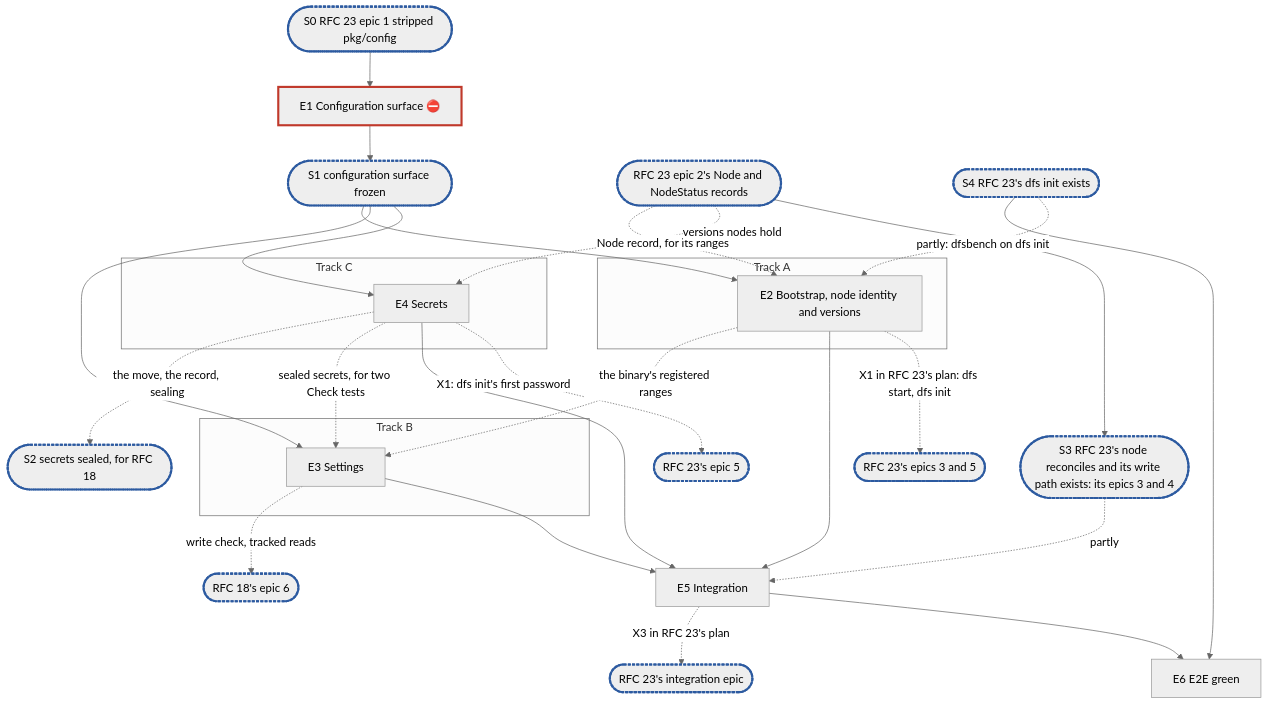
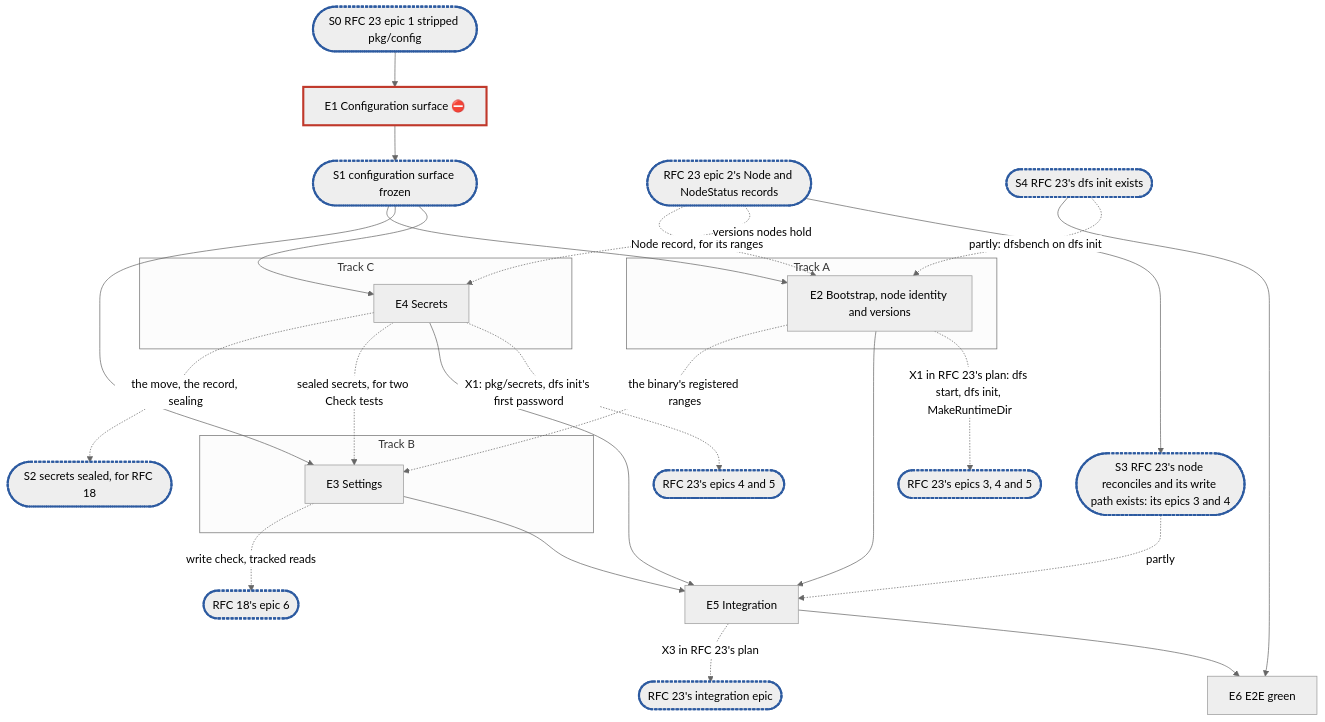
Before and after one commit to cubbit/dittofs: the diagram in docs/internals/planning/rfc-13-config-plan.md, drawn with Mermaid (neutral theme). The commit also changed other lines of this file and 4 other files, not shown here.

First line of the commit message:
docs(planning): break down RFC 13 epic 2, bootstrap, node identity and versions (#4518)

````diff
--- a/docs/internals/planning/rfc-13-config-plan.md
+++ b/docs/internals/planning/rfc-13-config-plan.md
@@ -311,34 +311,34 @@
 ```mermaid
 flowchart TD
   X0(["S0 RFC 23 epic 1 stripped pkg/config"]):::sync --> E1["E1 Configuration surface ⛔"]:::blocker
   E1 --> S1(["S1 configuration surface frozen"]):::sync
   subgraph A["Track A"]
     E2["E2 Bootstrap, node identity and versions"]
   end
   subgraph B["Track B"]
     E3["E3 Settings"]
   end
   subgraph C["Track C"]
     E4["E4 Secrets"]
   end
   S1 --> E2 & E3 & E4
   E2 -. "the binary's registered ranges" .-> E3
   R2(["RFC 23 epic 2's Node and NodeStatus records"]):::sync
   R2 -. "Node record, for its ranges" .-> E2
   R2 -. "versions nodes hold" .-> E4
   E4 -. "the move, the record, sealing" .-> S2(["S2 secrets sealed, for RFC 18"]):::sync
   E4 -. "sealed secrets, for two Check tests" .-> E3
   E3 -. "write check, tracked reads" .-> R18(["RFC 18's epic 6"]):::sync
   S3(["S3 RFC 23's node reconciles and its write path exists: its epics 3 and 4"]):::sync
   R2 --> S3
   E2 & E3 & E4 --> E5["E5 Integration"]
   S3 -. "partly" .-> E5
-  E2 -. "X1 in RFC 23's plan: dfs start, dfs init" .-> R35(["RFC 23's epics 3 and 5"]):::sync
-  E4 -. "X1: dfs init's first password" .-> R5(["RFC 23's epic 5"]):::sync
+  E2 -. "X1 in RFC 23's plan: dfs start, dfs init, MakeRuntimeDir" .-> R35(["RFC 23's epics 3, 4 and 5"]):::sync
+  E4 -. "X1: pkg/secrets, dfs init's first password" .-> R5(["RFC 23's epics 4 and 5"]):::sync
   S4(["S4 RFC 23's dfs init exists"]):::sync --> E6["E6 E2E green"]
   S4 -. "partly: dfsbench on dfs init" .-> E2
   E5 -. "X3 in RFC 23's plan" .-> R7(["RFC 23's integration epic"]):::sync
   E5 --> E6
   classDef blocker stroke:#c0392b,stroke-width:3px
   classDef sync stroke:#2c5aa0,stroke-width:3px,stroke-dasharray:4 2
 ```
````
